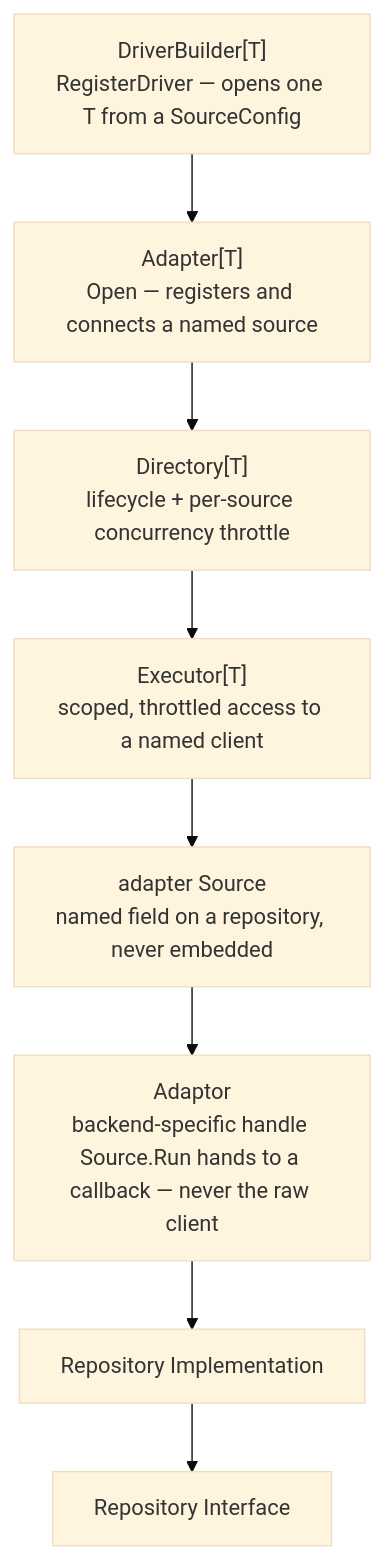
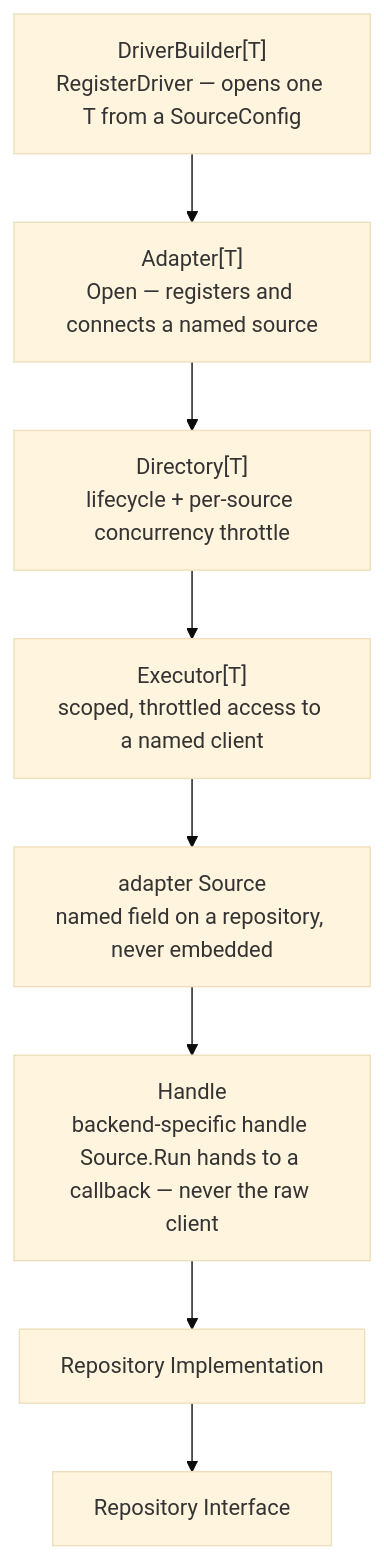
One commit to loykin/dbstore changed the diagram in README.md. Above: the diagram before and after it, drawn with Mermaid (base theme). The commit also changed other lines of this file and 60 other files, not shown here.

````diff
--- a/README.md
+++ b/README.md
@@ -218,13 +345,13 @@
 ```mermaid
 flowchart TD
     A["DriverBuilder[T]<br/>RegisterDriver — opens one T from a SourceConfig"]
     B["Adapter[T]<br/>Open — registers and connects a named source"]
     C["Directory[T]<br/>lifecycle + per-source concurrency throttle"]
     D["Executor[T]<br/>scoped, throttled access to a named client"]
     E["adapter Source<br/>named field on a repository, never embedded"]
-    H["Adaptor<br/>backend-specific handle Source.Run hands to a callback — never the raw client"]
+    H["Handle<br/>backend-specific handle Source.Run hands to a callback — never the raw client"]
     F[Repository Implementation]
     G[Repository Interface]
 
     A --> B --> C --> D --> E --> H --> F --> G
 ```
````
